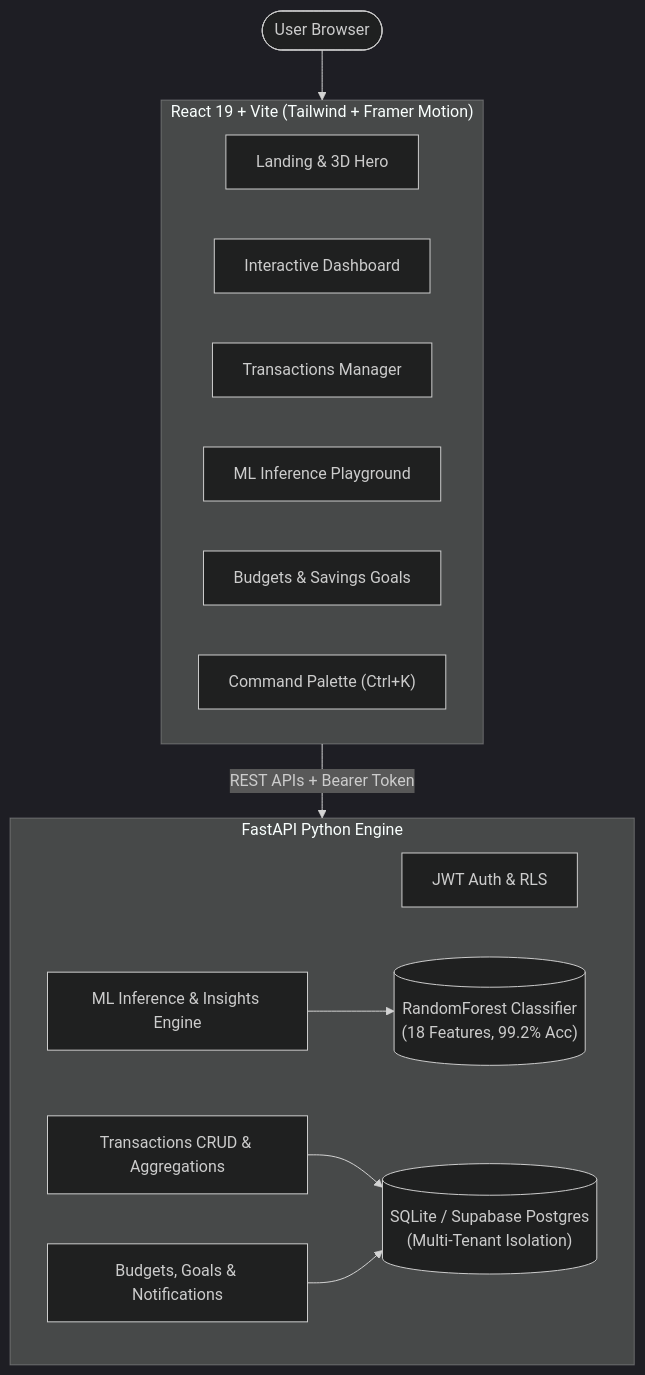
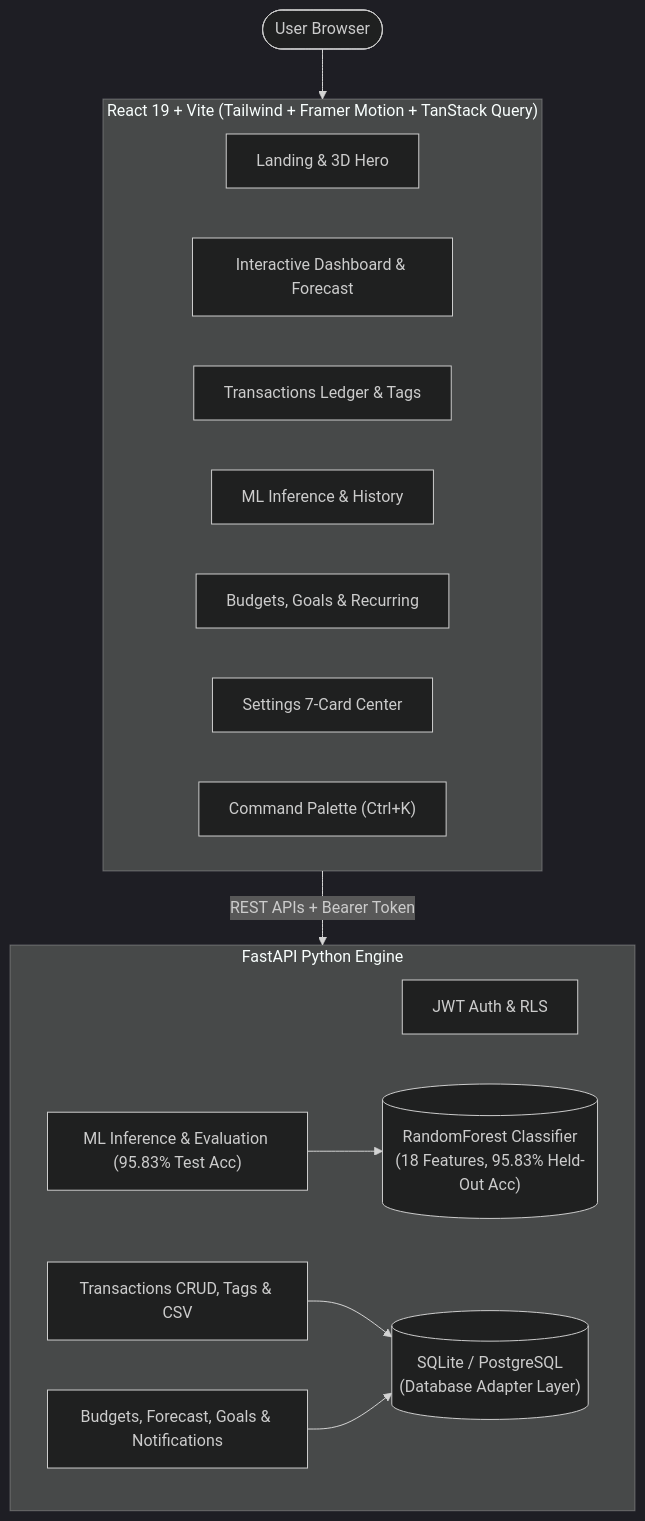
One commit to Itzjay169/Finflow changed the diagram in README.md. Above: the diagram before and after it, drawn with Mermaid (dark theme). The commit also changed other lines of this file and 65 other files, not shown here.

Commit message:
feat(settings): upgrade settings page to complete persistent account control center with security, currency propagation, and testing

````diff
--- a/README.md
+++ b/README.md
@@ -41,28 +50,29 @@
 ```mermaid
 graph TD
     User([User Browser])
     
-    subgraph Frontend ["React 19 + Vite (Tailwind + Framer Motion)"]
+    subgraph Frontend ["React 19 + Vite (Tailwind + Framer Motion + TanStack Query)"]
         Landing["Landing & 3D Hero"]
-        Dash["Interactive Dashboard"]
-        Tx["Transactions Manager"]
-        Predict["ML Inference Playground"]
-        Budgets["Budgets & Savings Goals"]
+        Dash["Interactive Dashboard & Forecast"]
+        Tx["Transactions Ledger & Tags"]
+        Predict["ML Inference & History"]
+        Budgets["Budgets, Goals & Recurring"]
+        Settings["Settings 7-Card Center"]
         Cmd["Command Palette (Ctrl+K)"]
     end
 
     subgraph Backend ["FastAPI Python Engine"]
         AuthRouter["JWT Auth & RLS"]
-        TxRouter["Transactions CRUD & Aggregations"]
-        MLRouter["ML Inference & Insights Engine"]
-        SmartRouter["Budgets, Goals & Notifications"]
-        RFModel[("RandomForest Classifier\n(18 Features, 99.2% Acc)")]
-        DB[("SQLite / Supabase Postgres\n(Multi-Tenant Isolation)")]
+        TxRouter["Transactions CRUD, Tags & CSV"]
+        MLRouter["ML Inference & Evaluation (95.83% Test Acc)"]
+        SmartRouter["Budgets, Forecast, Goals & Notifications"]
+        RFModel[("RandomForest Classifier\n(18 Features, 95.83% Held-Out Acc)")]
+        DB[("SQLite / PostgreSQL\n(Database Adapter Layer)")]
     end
 
     User --> Frontend
     Frontend -->|REST APIs + Bearer Token| Backend
     MLRouter --> RFModel
     TxRouter --> DB
     SmartRouter --> DB
 ```
````
